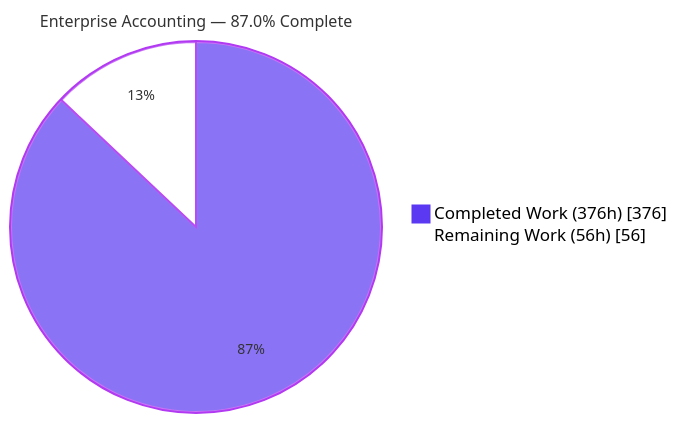
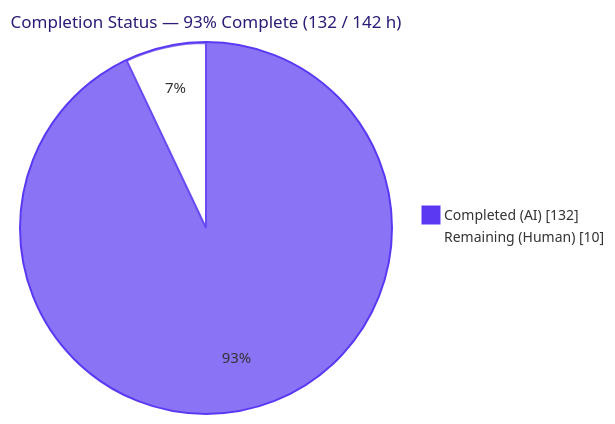
One commit to Blitzy-Sandbox/blitzy-odoo changed the first of 3 diagrams in blitzy/documentation/Project Guide.md. Above: the diagram before and after it, drawn with Mermaid. The commit also changed other lines of this file, not shown here.

Commit message:
Adding Blitzy Project Guide: Project Status and Human Tasks Remaining

````diff
--- a/blitzy/documentation/Project Guide.md
+++ b/blitzy/documentation/Project Guide.md
@@ -20,6 +11,6 @@
 ```mermaid
-%%{init: {'theme':'base','themeVariables':{'pie1':'#5B39F3','pie2':'#FFFFFF','pieStrokeColor':'#B23AF2','pieOuterStrokeColor':'#B23AF2','pieOuterStrokeWidth':'2px','pieTitleTextSize':'16px','pieSectionTextSize':'14px','pieLegendTextColor':'#000000'}}}%%
-pie showData title Enterprise Accounting — 87.0% Complete
-    "Completed Work (376h)" : 376
-    "Remaining Work (56h)" : 56
+%%{init: {'theme':'base', 'themeVariables': {'pie1':'#5B39F3','pie2':'#FFFFFF','pieStrokeColor':'#5B39F3','pieStrokeWidth':'2px','pieOuterStrokeColor':'#5B39F3','pieOuterStrokeWidth':'2px','pieTitleTextSize':'17px','pieSectionTextSize':'15px','pieLegendTextSize':'14px','pieTitleTextColor':'#2D1C77'}}}%%
+pie showData title Completion Status — 93% Complete (132 / 142 h)
+    "Completed (AI)" : 132
+    "Remaining (Human)" : 10
 ```
````
